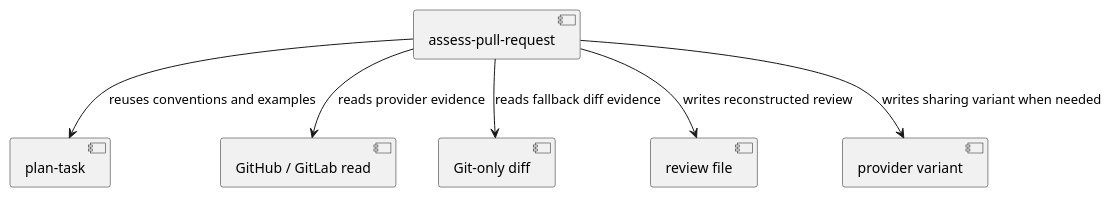
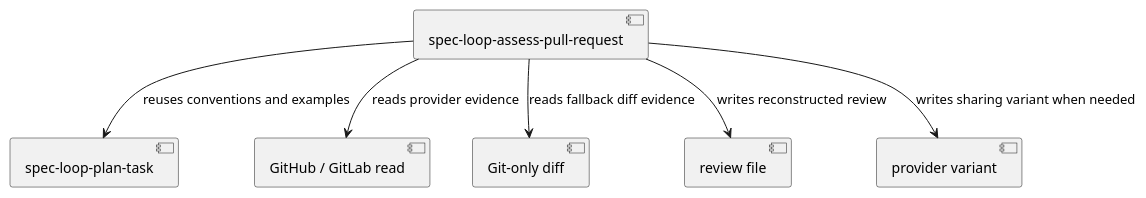
One commit to dpolivaev/spec-loop changed the second of 3 diagrams in tasks/review/assess-pull-request-skill.md. Above: the diagram before and after it, drawn with PlantUML. The commit also changed other lines of this file and 20 other files, not shown here.

````diff
--- a/tasks/review/assess-pull-request-skill.md
+++ b/tasks/review/assess-pull-request-skill.md
@@ -351,16 +351,16 @@
 ```plantuml
 @startuml
-component "assess-pull-request" as assess
-component "plan-task" as plan
+component "spec-loop-assess-pull-request" as assess
+component "spec-loop-plan-task" as plan
 component "GitHub / GitLab read" as providerread
 component "Git-only diff" as gitdiff
 component "review file" as review
 component "provider variant" as variant
 
 assess --> plan : reuses conventions and examples
 assess --> providerread : reads provider evidence
 assess --> gitdiff : reads fallback diff evidence
 assess --> review : writes reconstructed review
 assess --> variant : writes sharing variant when needed
 @enduml
 ```
````
